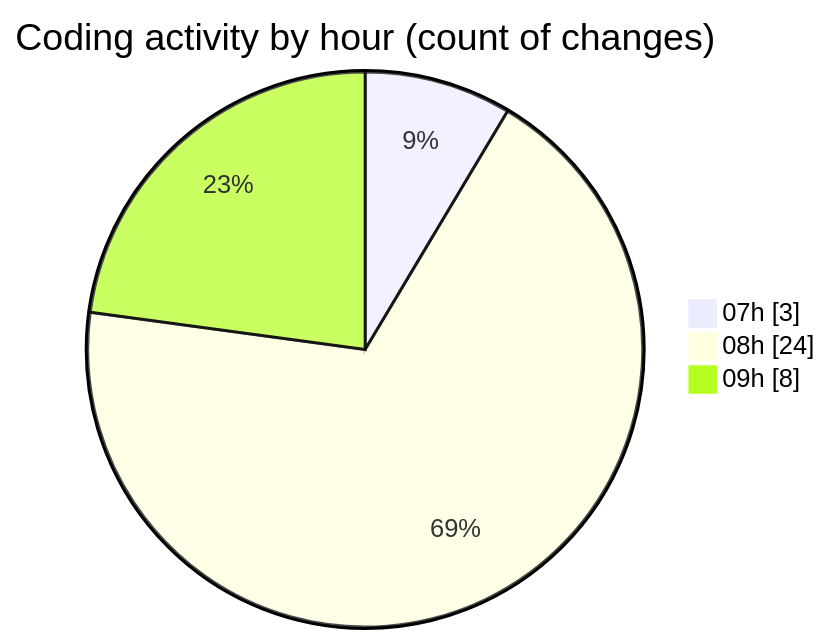
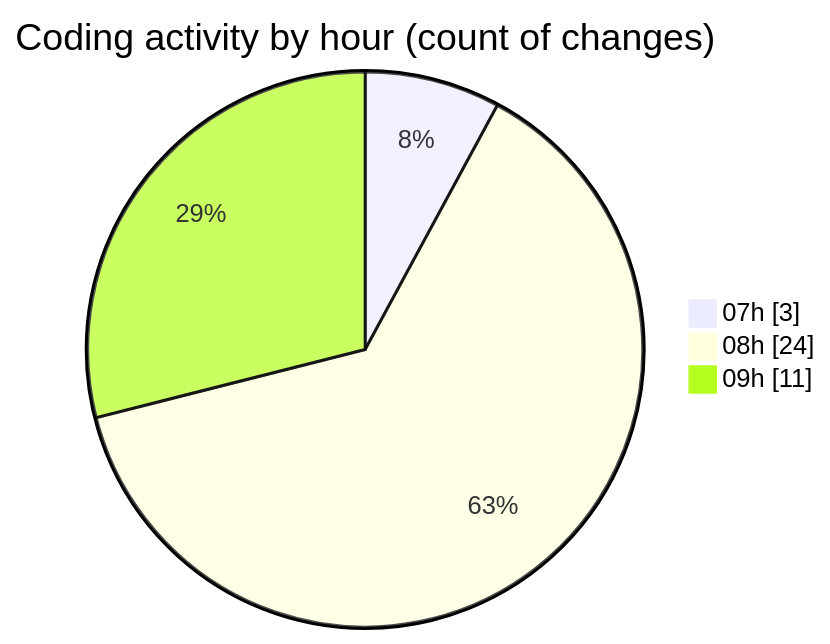
The second of 2 diagrams in 2025-05-07/myws__workspace_/README.md (MatusMokan/code-tracking), drawn with Mermaid before and after one commit. The commit also changed other lines of this file and 1 other file, not shown here.

````diff
--- a/2025-05-07/myws__workspace_/README.md
+++ b/2025-05-07/myws__workspace_/README.md
@@ -28,7 +28,7 @@
 ```mermaid
 pie showData
 title Coding activity by hour (count of changes)
 "07h" : 3
 "08h" : 24
-"09h" : 8
+"09h" : 11
 ```
````
